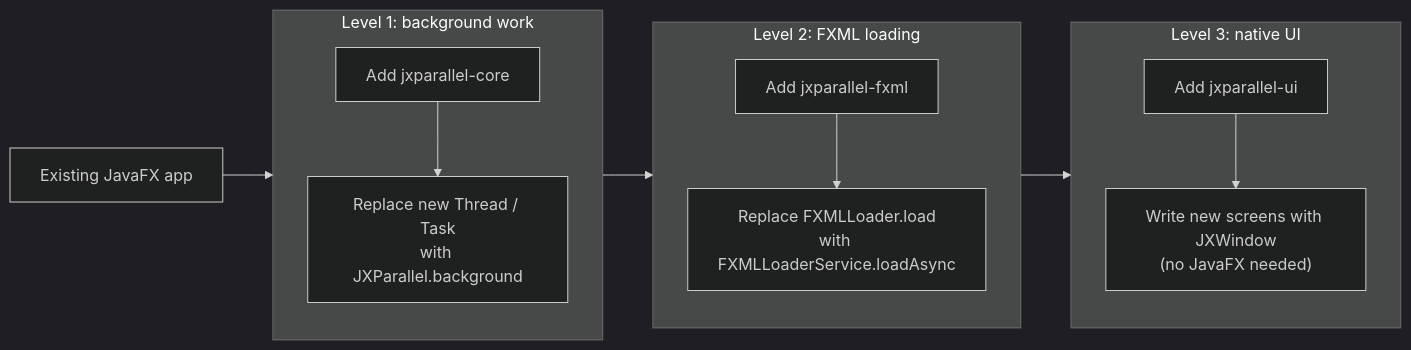
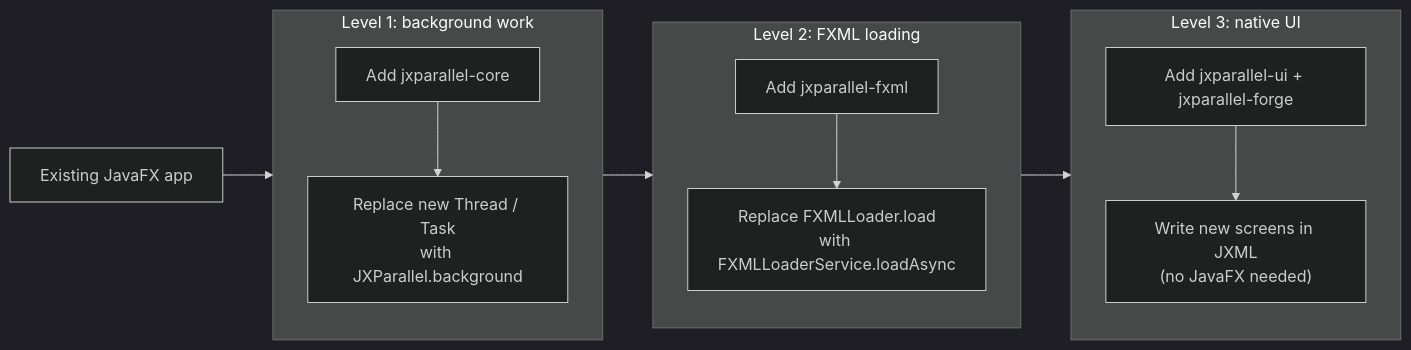
One commit to Bacuriim/JXParallel changed the second of 2 diagrams in README.md. Above: the diagram before and after it, drawn with Mermaid (dark theme). The commit also changed other lines of this file and 1 other file, not shown here.

````diff
--- a/README.md
+++ b/README.md
@@ -61,18 +329,18 @@
 ```mermaid
 flowchart LR
     A["Existing JavaFX app"] --> L1
     subgraph L1 ["Level 1: background work"]
         direction TB
         L1a["Add jxparallel-core"] --> L1b["Replace new Thread / Task<br/>with JXParallel.background"]
     end
     L1 --> L2
     subgraph L2 ["Level 2: FXML loading"]
         direction TB
         L2a["Add jxparallel-fxml"] --> L2b["Replace FXMLLoader.load<br/>with FXMLLoaderService.loadAsync"]
     end
     L2 --> L3
     subgraph L3 ["Level 3: native UI"]
         direction TB
-        L3a["Add jxparallel-ui"] --> L3b["Write new screens with JXWindow<br/>(no JavaFX needed)"]
+        L3a["Add jxparallel-ui + jxparallel-forge"] --> L3b["Write new screens in JXML<br/>(no JavaFX needed)"]
     end
 ```
````
